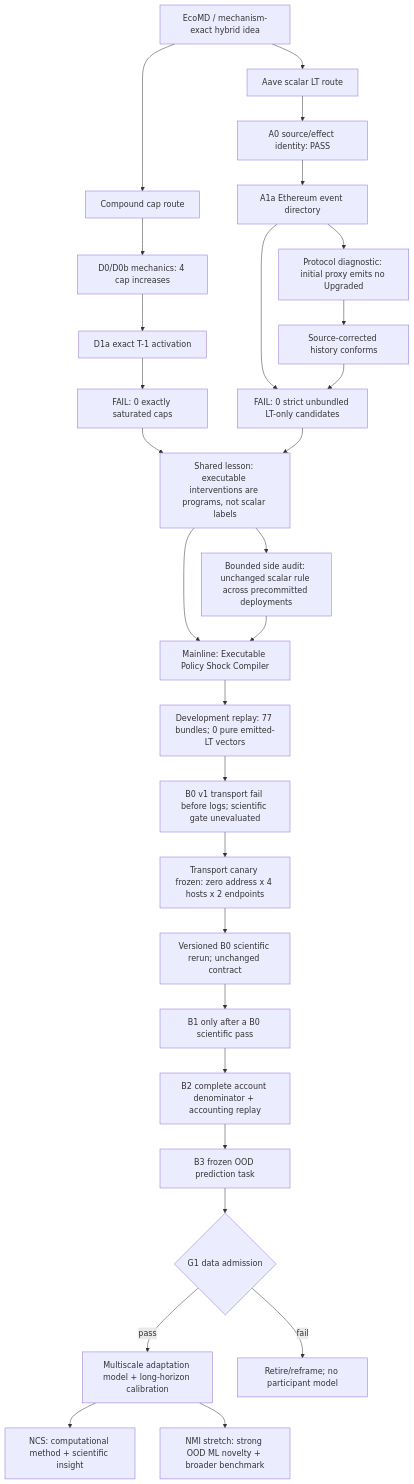
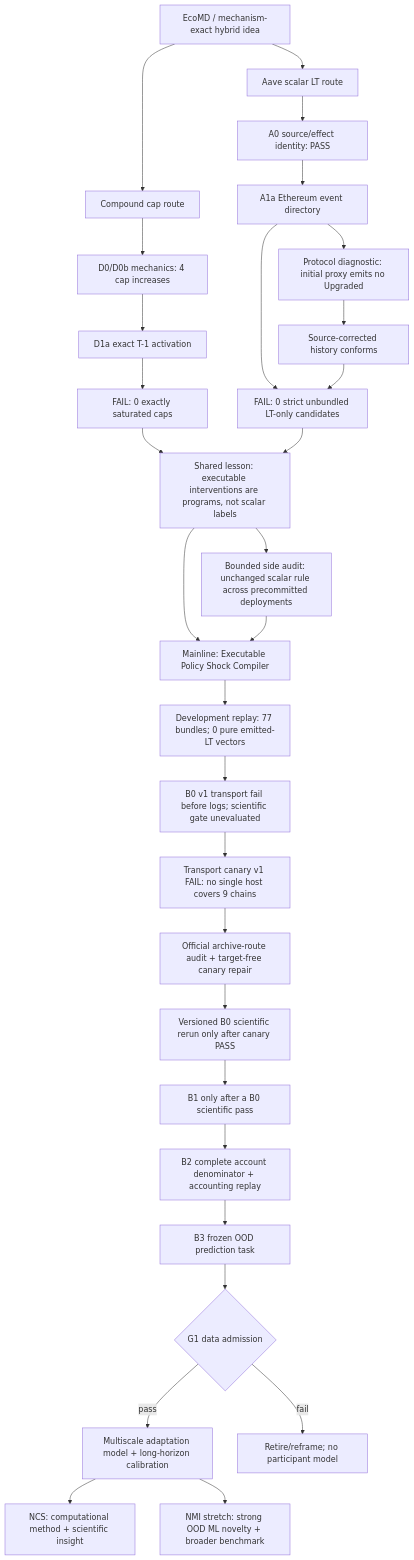
One commit to howardwang1997/ecophys changed the diagram in papers/proposal/v14_policy_shock_research_topology_2026-08-16.md. Above: the diagram before and after it, drawn with Mermaid. The commit also changed other lines of this file and 12 other files, not shown here.

Commit message:
experiment: archive Aave transport canary failure

````diff
--- a/papers/proposal/v14_policy_shock_research_topology_2026-08-16.md
+++ b/papers/proposal/v14_policy_shock_research_topology_2026-08-16.md
@@ -6,31 +6,32 @@
 ```mermaid
 flowchart TD
     E[EcoMD / mechanism-exact hybrid idea] --> C[Compound cap route]
     E --> A[Aave scalar LT route]
     C --> C0[D0/D0b mechanics: 4 cap increases]
     C0 --> C1[D1a exact T-1 activation]
     C1 --> CF[FAIL: 0 exactly saturated caps]
     A --> A0[A0 source/effect identity: PASS]
     A0 --> A1[A1a Ethereum event directory]
     A1 --> AF[FAIL: 0 strict unbundled LT-only candidates]
     A1 --> PD[Protocol diagnostic: initial proxy emits no Upgraded]
     PD --> HC[Source-corrected history conforms]
     HC --> AF
     CF --> S[Shared lesson: executable interventions are programs, not scalar labels]
     AF --> S
     S --> V[Mainline: Executable Policy Shock Compiler]
     S --> XS[Bounded side audit: unchanged scalar rule across precommitted deployments]
     XS --> V
     V --> E0[Development replay: 77 bundles; 0 pure emitted-LT vectors]
     E0 --> B0[B0 v1 transport fail before logs; scientific gate unevaluated]
-    B0 --> T0[Transport canary frozen: zero address x 4 hosts x 2 endpoints]
-    T0 --> B0V2[Versioned B0 scientific rerun; unchanged contract]
+    B0 --> T0[Transport canary v1 FAIL: no single host covers 9 chains]
+    T0 --> T1[Official archive-route audit + target-free canary repair]
+    T1 --> B0V2[Versioned B0 scientific rerun only after canary PASS]
     B0V2 --> B1[B1 only after a B0 scientific pass]
     B1 --> B2[B2 complete account denominator + accounting replay]
     B2 --> B3[B3 frozen OOD prediction task]
     B3 --> G1{G1 data admission}
     G1 -->|pass| M[Multiscale adaptation model + long-horizon calibration]
     G1 -->|fail| R[Retire/reframe; no participant model]
     M --> NCS[NCS: computational method + scientific insight]
     M --> NMI[NMI stretch: strong OOD ML novelty + broader benchmark]
 ```
````
